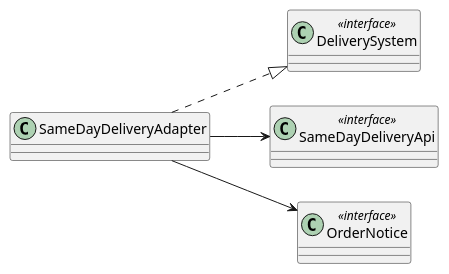
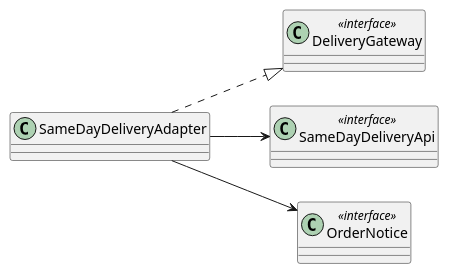
Before and after one commit to YoungSan77/TrainingMaterials: the seventh of 9 diagrams in courses/ooad/sessions/s08.md, drawn with PlantUML. The commit also changed other lines of this file and 154 other files, not shown here.

````diff
--- a/courses/ooad/sessions/s08.md
+++ b/courses/ooad/sessions/s08.md
@@ -757,12 +757,12 @@
 ```plantuml:class
 @startuml
 left to right direction
 class "SameDayDeliveryAdapter" as A
-class "DeliverySystem" as T <<interface>>
+class "DeliveryGateway" as T <<interface>>
 class "SameDayDeliveryApi" as X <<interface>>
 class "OrderNotice" as N <<interface>>
 A ..|> T
 A --> X
 A --> N
 @enduml
 ```
````
